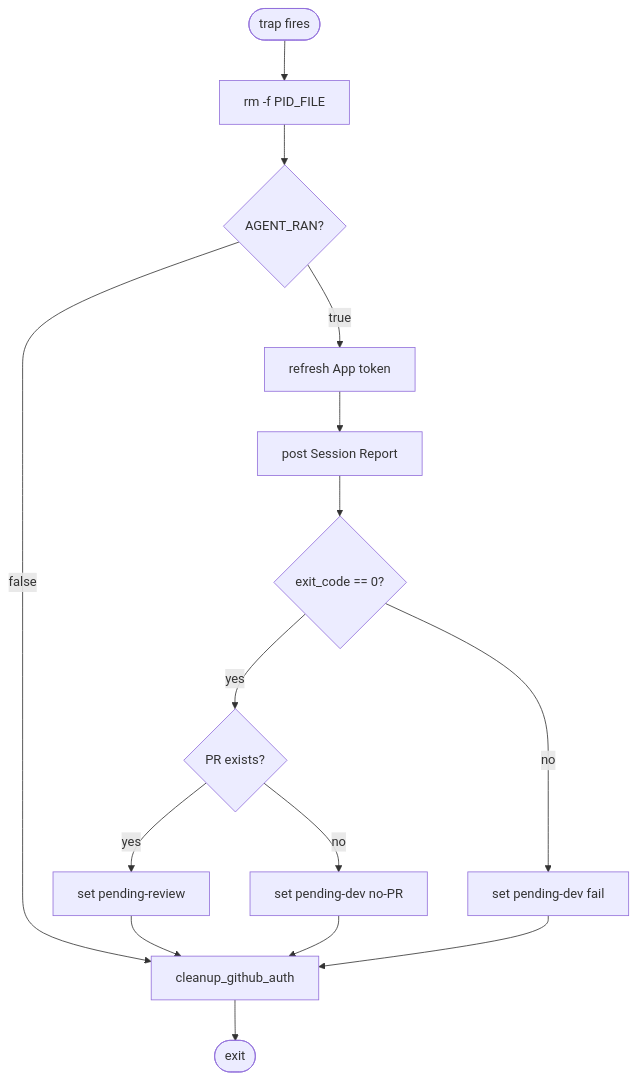
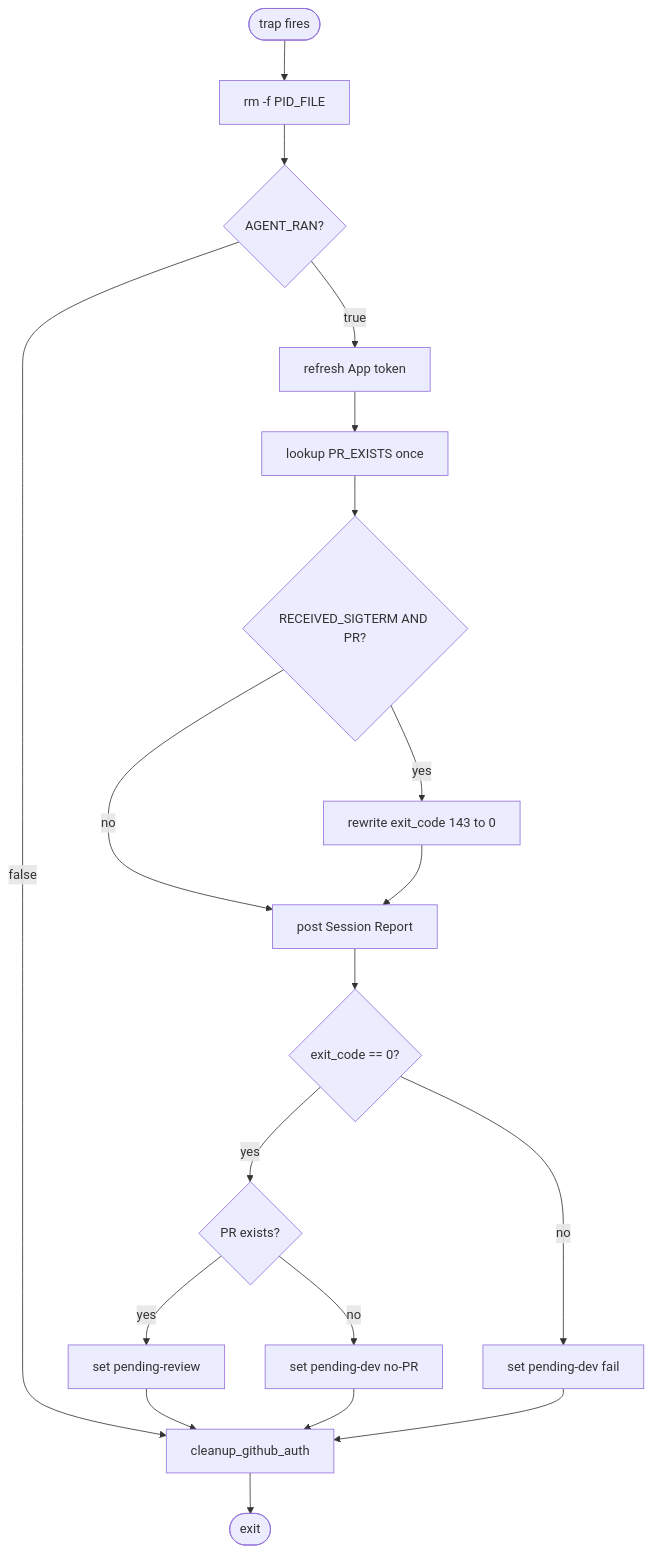
Before and after one commit to zxkane/autonomous-dev-team: the second of 2 diagrams in docs/pipeline/dev-agent-flow.md, drawn with Mermaid. The commit also changed other lines of this file and 14 other files, not shown here.

````diff
--- a/docs/pipeline/dev-agent-flow.md
+++ b/docs/pipeline/dev-agent-flow.md
@@ -107,21 +110,25 @@
 ```mermaid
 flowchart TD
     enter([trap fires]) --> rm_pid[rm -f PID_FILE]
     rm_pid --> ran{AGENT_RAN?}
     ran -- false --> auth_done[cleanup_github_auth]
     auth_done --> done([exit])
 
     ran -- true --> refresh[refresh App token]
-    refresh --> session_report[post Session Report]
+    refresh --> pr_lookup[lookup PR_EXISTS once]
+    pr_lookup --> sigterm_check{RECEIVED_SIGTERM AND PR?}
+    sigterm_check -- yes --> rewrite[rewrite exit_code 143 to 0]
+    sigterm_check -- no --> session_report
+    rewrite --> session_report[post Session Report]
     session_report --> exit_branch{exit_code == 0?}
 
     exit_branch -- yes --> pr_check{PR exists?}
     pr_check -- yes --> to_review[set pending-review]
     pr_check -- no --> to_dev_no_pr[set pending-dev no-PR]
 
     exit_branch -- no --> to_dev_fail[set pending-dev fail]
 
     to_review --> auth_done
     to_dev_no_pr --> auth_done
     to_dev_fail --> auth_done
 ```
````
